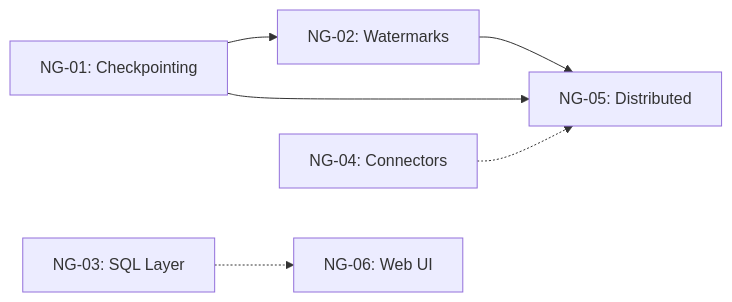
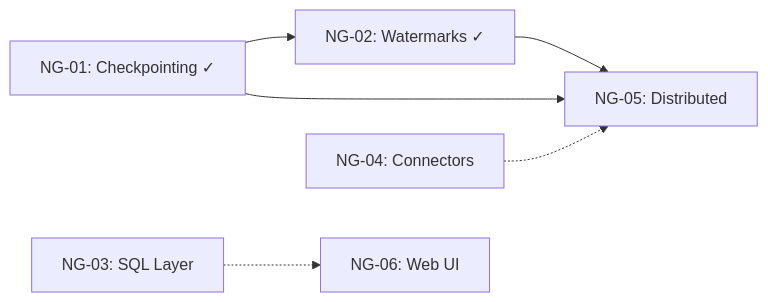
One commit to varpulis/varpulis changed the first of 2 diagrams in docs/development/KANBAN.md. Above: the diagram before and after it, drawn with Mermaid. The commit also changed other lines of this file, not shown here.

````diff
--- a/docs/development/KANBAN.md
+++ b/docs/development/KANBAN.md
@@ -262,8 +271,8 @@
 ```mermaid
 graph LR
-    NG01[NG-01: Checkpointing] --> NG02[NG-02: Watermarks]
+    NG01[NG-01: Checkpointing ✓] --> NG02[NG-02: Watermarks ✓]
     NG01 --> NG05[NG-05: Distributed]
     NG02 --> NG05
     NG03[NG-03: SQL Layer] -.-> NG06[NG-06: Web UI]
     NG04[NG-04: Connectors] -.-> NG05
 ```
````
